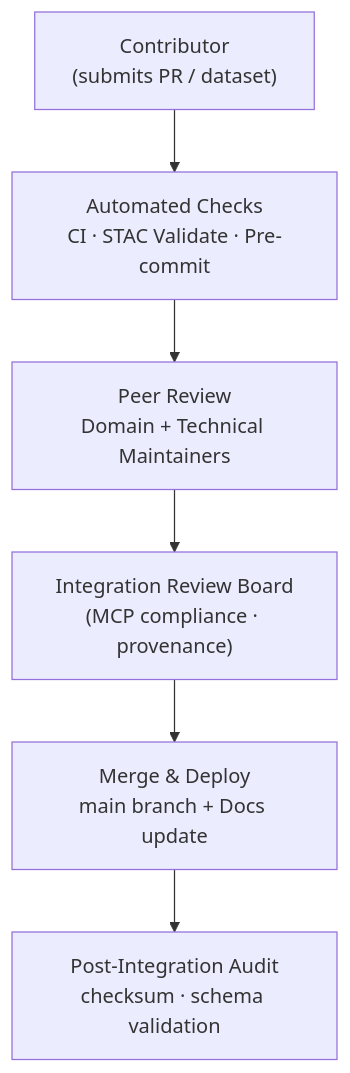
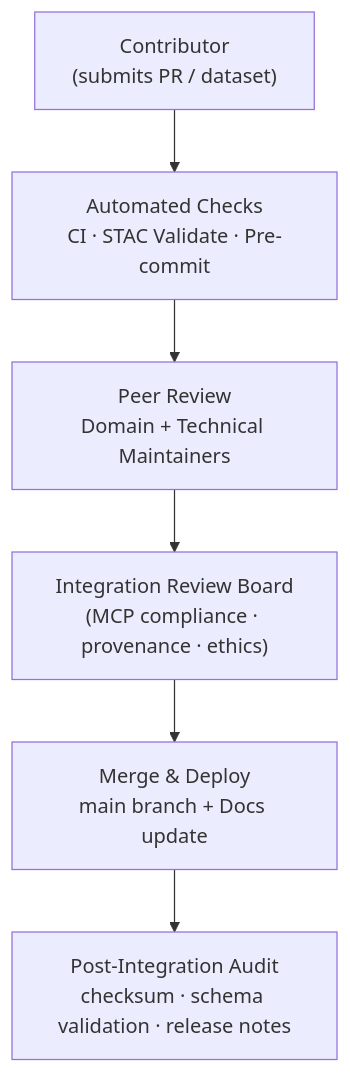
One commit to bartytime4life/Kansas-Frontier-Matrix changed the first of 2 diagrams in docs/integration/reviews/README.md. Above: the diagram before and after it, drawn with Mermaid. The commit also changed other lines of this file, not shown here.

First line of the commit message:
Revise Integration Reviews README for clarity and updates

`````diff
--- a/docs/integration/reviews/README.md
+++ b/docs/integration/reviews/README.md
@@ -33,8 +99,8 @@
 ```mermaid
 flowchart TD
     A["Contributor\n(submits PR / dataset)"] --> B["Automated Checks\nCI · STAC Validate · Pre-commit"]
     B --> C["Peer Review\nDomain + Technical Maintainers"]
-    C --> D["Integration Review Board\n(MCP compliance · provenance)"]
+    C --> D["Integration Review Board\n(MCP compliance · provenance · ethics)"]
     D --> E["Merge & Deploy\nmain branch + Docs update"]
-    E --> F["Post-Integration Audit\nchecksum · schema validation"]
-````
+    E --> F["Post-Integration Audit\nchecksum · schema validation · release notes"]
+```
`````
